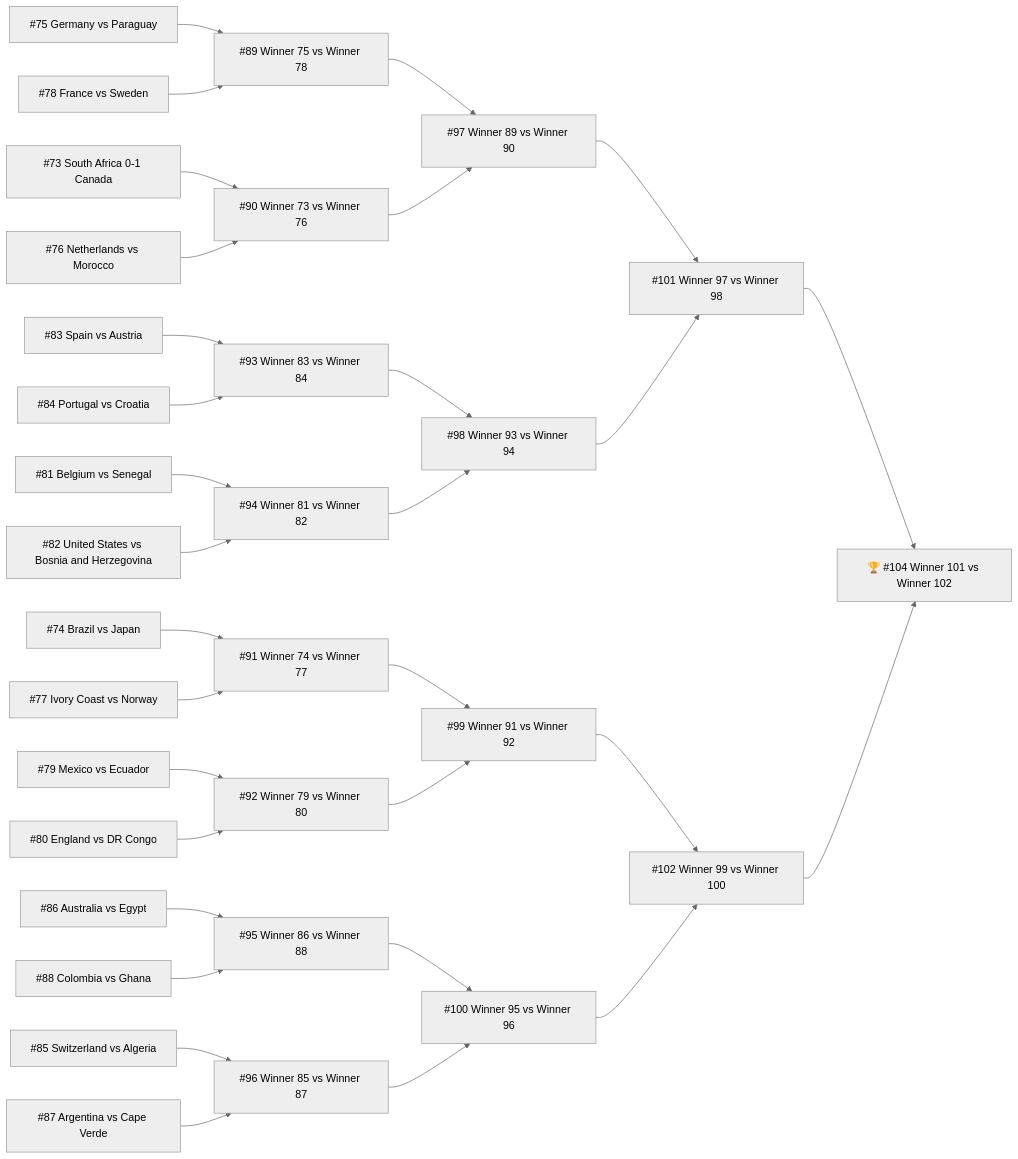
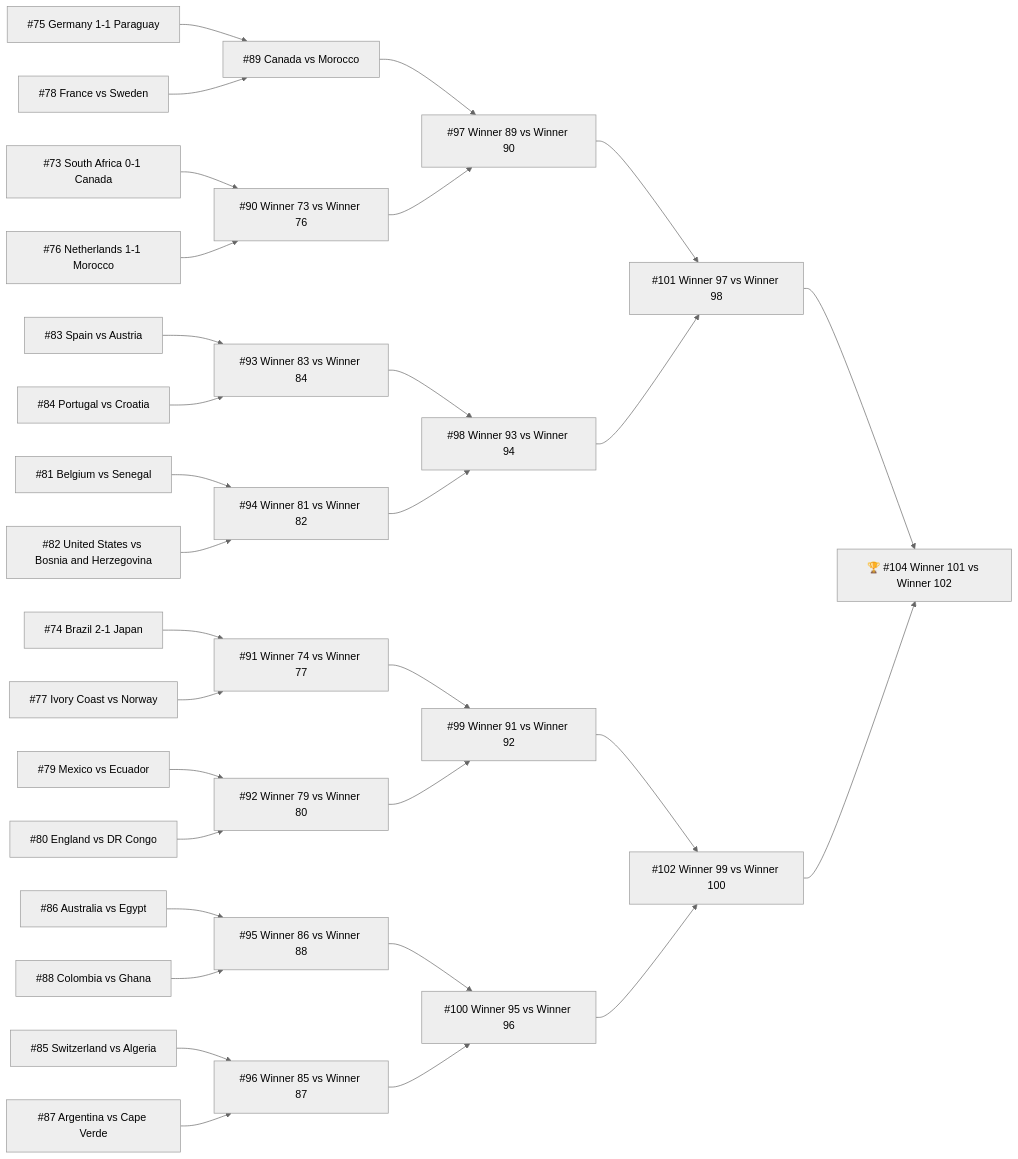
The diagram in src/site/notes/Area/Football/World Cup 2026.md (didiowen/theyears), drawn with Mermaid (neutral theme) before and after one commit. The commit also changed 2 other files, not shown here.

Commit message:
auto: WC2026 update 2026-06-30

````diff
--- a/src/site/notes/Area/Football/World Cup 2026.md
+++ b/src/site/notes/Area/Football/World Cup 2026.md
@@ -472,64 +472,64 @@
 ```mermaid
 flowchart LR
   M73["#73 South Africa 0-1 Canada"]
-  M74["#74 Brazil vs Japan"]
-  M75["#75 Germany vs Paraguay"]
-  M76["#76 Netherlands vs Morocco"]
+  M74["#74 Brazil 2-1 Japan"]
+  M75["#75 Germany 1-1 Paraguay"]
+  M76["#76 Netherlands 1-1 Morocco"]
   M77["#77 Ivory Coast vs Norway"]
   M78["#78 France vs Sweden"]
   M79["#79 Mexico vs Ecuador"]
   M80["#80 England vs DR Congo"]
   M81["#81 Belgium vs Senegal"]
   M82["#82 United States vs Bosnia and Herzegovina"]
   M83["#83 Spain vs Austria"]
   M84["#84 Portugal vs Croatia"]
   M85["#85 Switzerland vs Algeria"]
   M86["#86 Australia vs Egypt"]
   M87["#87 Argentina vs Cape Verde"]
   M88["#88 Colombia vs Ghana"]
-  M89["#89 Winner 75 vs Winner 78"]
+  M89["#89 Canada vs Morocco"]
   M90["#90 Winner 73 vs Winner 76"]
   M91["#91 Winner 74 vs Winner 77"]
   M92["#92 Winner 79 vs Winner 80"]
   M93["#93 Winner 83 vs Winner 84"]
   M94["#94 Winner 81 vs Winner 82"]
   M95["#95 Winner 86 vs Winner 88"]
   M96["#96 Winner 85 vs Winner 87"]
   M97["#97 Winner 89 vs Winner 90"]
   M98["#98 Winner 93 vs Winner 94"]
   M99["#99 Winner 91 vs Winner 92"]
   M100["#100 Winner 95 vs Winner 96"]
   M101["#101 Winner 97 vs Winner 98"]
   M102["#102 Winner 99 vs Winner 100"]
   M104["🏆 #104 Winner 101 vs Winner 102"]
   M75 --> M89
   M78 --> M89
   M73 --> M90
   M76 --> M90
   M74 --> M91
   M77 --> M91
   M79 --> M92
   M80 --> M92
   M83 --> M93
   M84 --> M93
   M81 --> M94
   M82 --> M94
   M86 --> M95
   M88 --> M95
   M85 --> M96
   M87 --> M96
   M89 --> M97
   M90 --> M97
   M93 --> M98
   M94 --> M98
   M91 --> M99
   M92 --> M99
   M95 --> M100
   M96 --> M100
   M97 --> M101
   M98 --> M101
   M99 --> M102
   M100 --> M102
   M101 --> M104
   M102 --> M104
 ```
````
